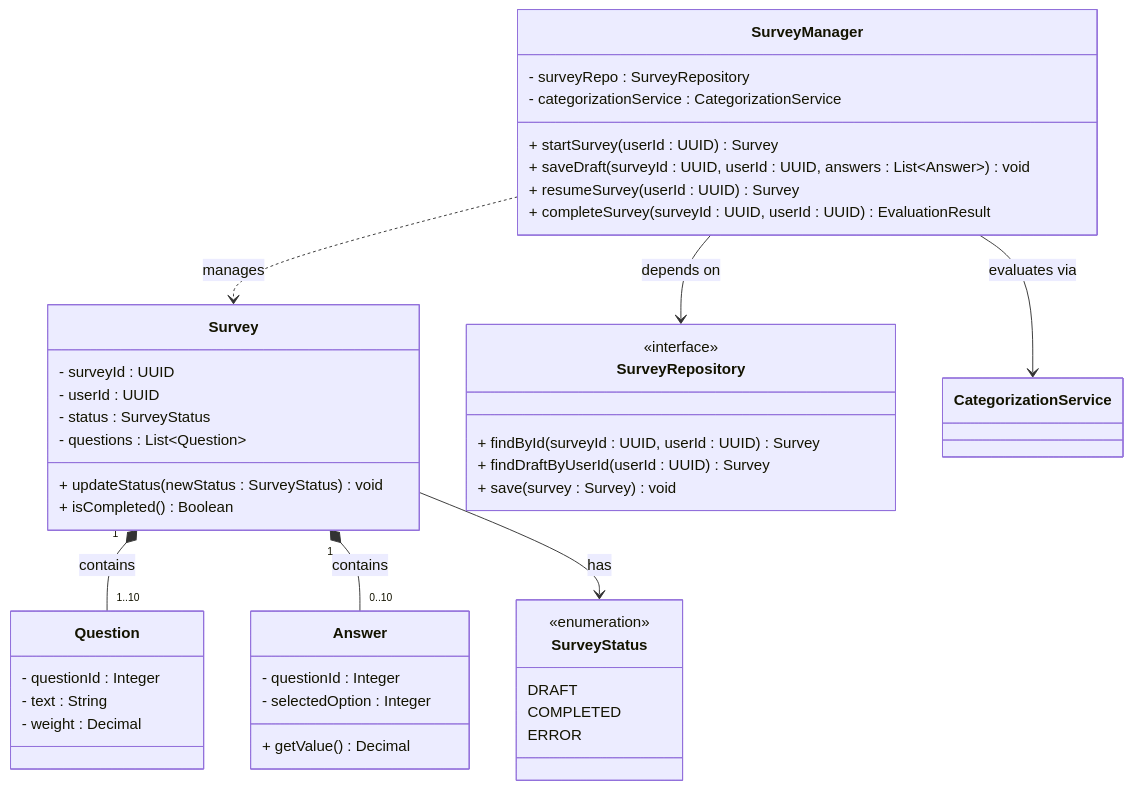
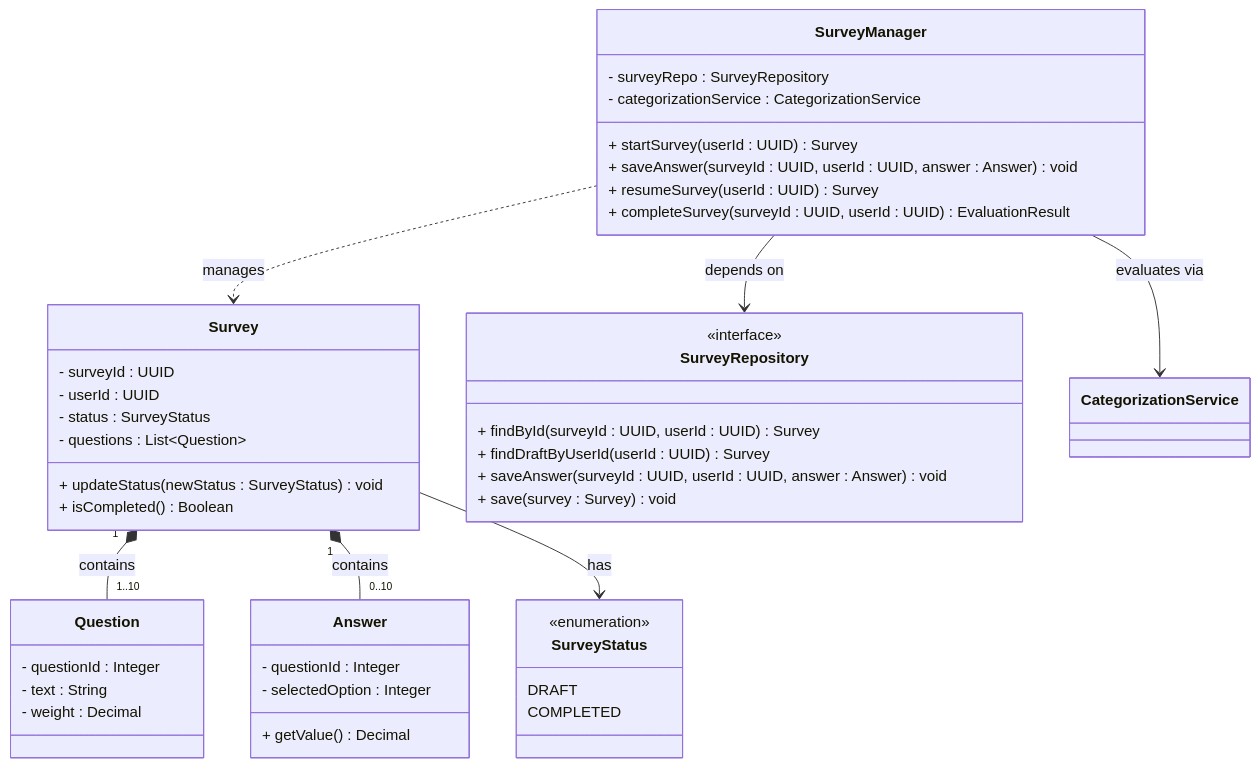
One commit to juacortesva/Grupo-5-Finanzas-Ingesoft_I_UN_2026-II changed the third of 3 diagrams in docs/design/01_Architectural_and_Detailed_Design.md. Above: the diagram before and after it, drawn with Mermaid. The commit also changed other lines of this file and 5 other files, not shown here.

````diff
--- a/docs/design/01_Architectural_and_Detailed_Design.md
+++ b/docs/design/01_Architectural_and_Detailed_Design.md
@@ -159,53 +159,53 @@
 ```mermaid
 classDiagram
     class SurveyManager {
         - surveyRepo : SurveyRepository
         - categorizationService : CategorizationService
         + startSurvey(userId : UUID) Survey
-        + saveDraft(surveyId : UUID, userId : UUID, answers : List~Answer~) void
+        + saveAnswer(surveyId : UUID, userId : UUID, answer : Answer) void
         + resumeSurvey(userId : UUID) Survey
         + completeSurvey(surveyId : UUID, userId : UUID) EvaluationResult
     }
   
     class Survey {
         - surveyId : UUID
         - userId : UUID
         - status : SurveyStatus
         - questions : List~Question~
         + updateStatus(newStatus : SurveyStatus) void
         + isCompleted() Boolean
     }
   
     class Question {
         - questionId : Integer
         - text : String
         - weight : Decimal
     }
   
     class Answer {
         - questionId : Integer
         - selectedOption : Integer
         + getValue() Decimal
     }
   
     class SurveyStatus {
         <<enumeration>>
         DRAFT
         COMPLETED
-        ERROR
     }
   
     class SurveyRepository {
         <<interface>>
         + findById(surveyId : UUID, userId : UUID) Survey
         + findDraftByUserId(userId : UUID) Survey
+        + saveAnswer(surveyId : UUID, userId : UUID, answer : Answer) void
         + save(survey : Survey) void
     }
 
     SurveyManager --> SurveyRepository : depends on
     SurveyManager --> CategorizationService : evaluates via
     SurveyManager ..> Survey : manages
     Survey "1" *-- "1..10" Question : contains
     Survey "1" *-- "0..10" Answer : contains
     Survey --> SurveyStatus : has
 ```
````
